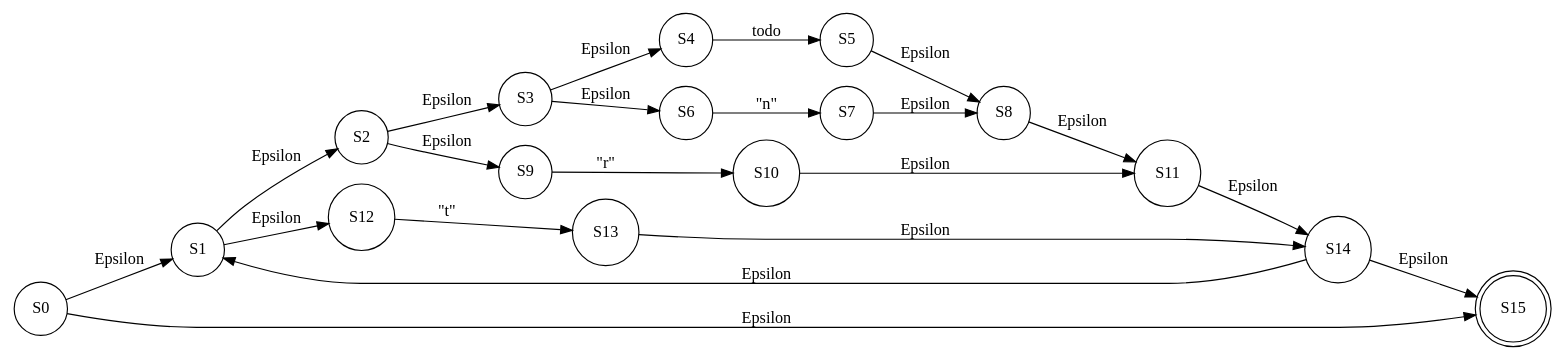
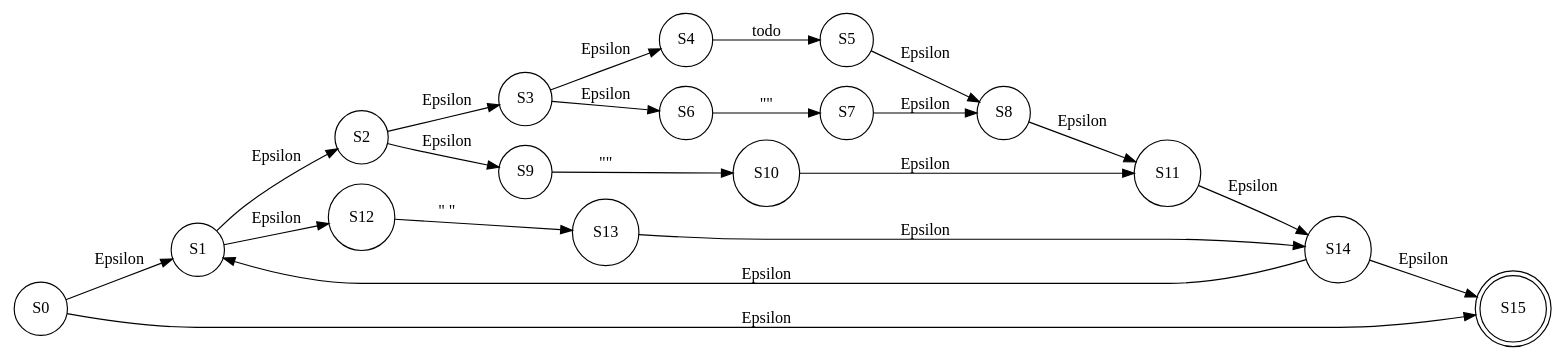
Before and after one commit to elimazariegosr/OLC1_Proyecto1_201709426: the diagram in OLC_Proyecto1_201709426/bin/Debug/afnd_TODO.dot, drawn with Graphviz. The commit also changed 90 other files, not shown here.

```diff
--- a/OLC_Proyecto1_201709426/bin/Debug/afnd_TODO.dot
+++ b/OLC_Proyecto1_201709426/bin/Debug/afnd_TODO.dot
@@ -1,25 +1,27 @@
 digraph G{ 
 rankdir=LR;
  node[shape="circle"];S0-> S1[label="Epsilon"];
 S0-> S15[label="Epsilon"];
 S1-> S2[label="Epsilon"];
 S1-> S12[label="Epsilon"];
 S2-> S3[label="Epsilon"];
 S2-> S9[label="Epsilon"];
 S3-> S4[label="Epsilon"];
 S3-> S6[label="Epsilon"];
 S4-> S5[label="todo"];
 S5-> S8[label="Epsilon"];
-S6-> S7[label="\"n\""];
+S6-> S7[label="\"
+\""];
 S7-> S8[label="Epsilon"];
 S8-> S11[label="Epsilon"];
-S9-> S10[label="\"r\""];
+S9-> S10[label="\"
+\""];
 S10-> S11[label="Epsilon"];
 S11-> S14[label="Epsilon"];
-S12-> S13[label="\"t\""];
+S12-> S13[label="\"	\""];
 S13-> S14[label="Epsilon"];
 S14-> S1[label="Epsilon"];
 S14-> S15[label="Epsilon"];
 S15[shape="doublecircle"]
 
 }
```
